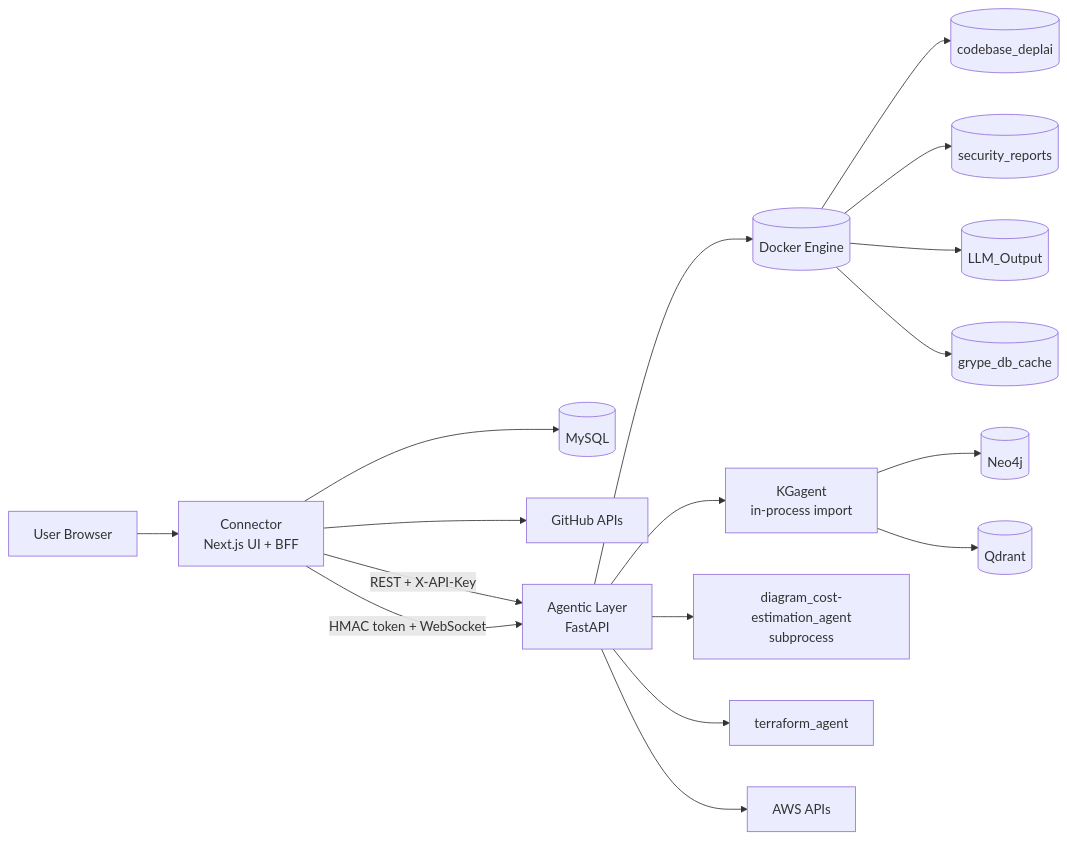
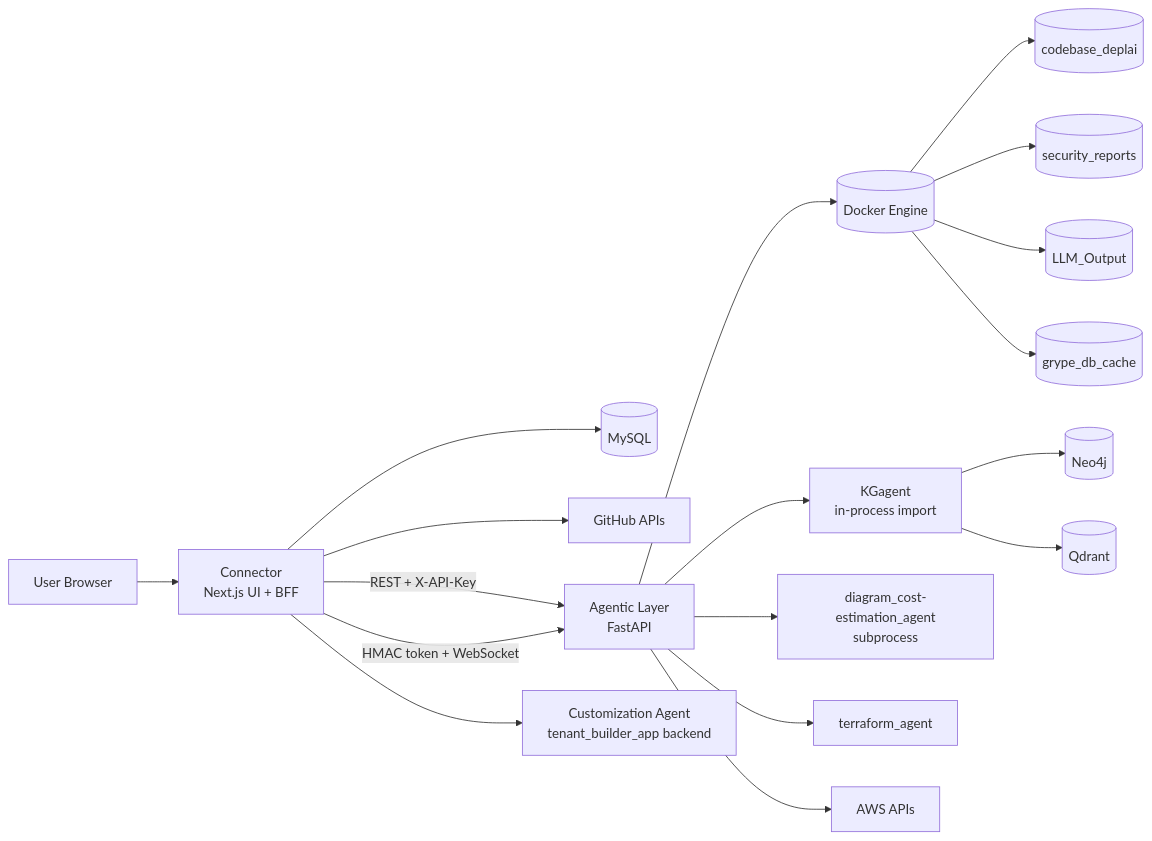
One commit to adityajayashankar/Deplai changed the first of 4 diagrams in ARCHITECTURE.md. Above: the diagram before and after it, drawn with Mermaid. The commit also changed other lines of this file and 58 other files, not shown here.

````diff
--- a/ARCHITECTURE.md
+++ b/ARCHITECTURE.md
@@ -26,23 +28,25 @@
 ```mermaid
 flowchart LR
     User[User Browser] --> Connector[Connector<br/>Next.js UI + BFF]
     Connector --> MySQL[(MySQL)]
     Connector --> GitHub[GitHub APIs]
 
     Connector -->|REST + X-API-Key| Agentic[Agentic Layer<br/>FastAPI]
     Connector -->|HMAC token + WebSocket| Agentic
 
     Agentic --> Docker[(Docker Engine)]
     Docker --> Code[(codebase_deplai)]
     Docker --> Reports[(security_reports)]
     Docker --> Output[(LLM_Output)]
     Docker --> Grype[(grype_db_cache)]
 
     Agentic --> KG[KGagent<br/>in-process import]
     KG --> Neo4j[(Neo4j)]
     KG --> Qdrant[(Qdrant)]
 
     Agentic --> Stage7[diagram_cost-estimation_agent<br/>subprocess]
     Agentic --> Terraform[terraform_agent]
     Agentic --> AWS[AWS APIs]
+
+    Connector --> Customization[Customization Agent<br/>tenant_builder_app backend]
 ```
````
